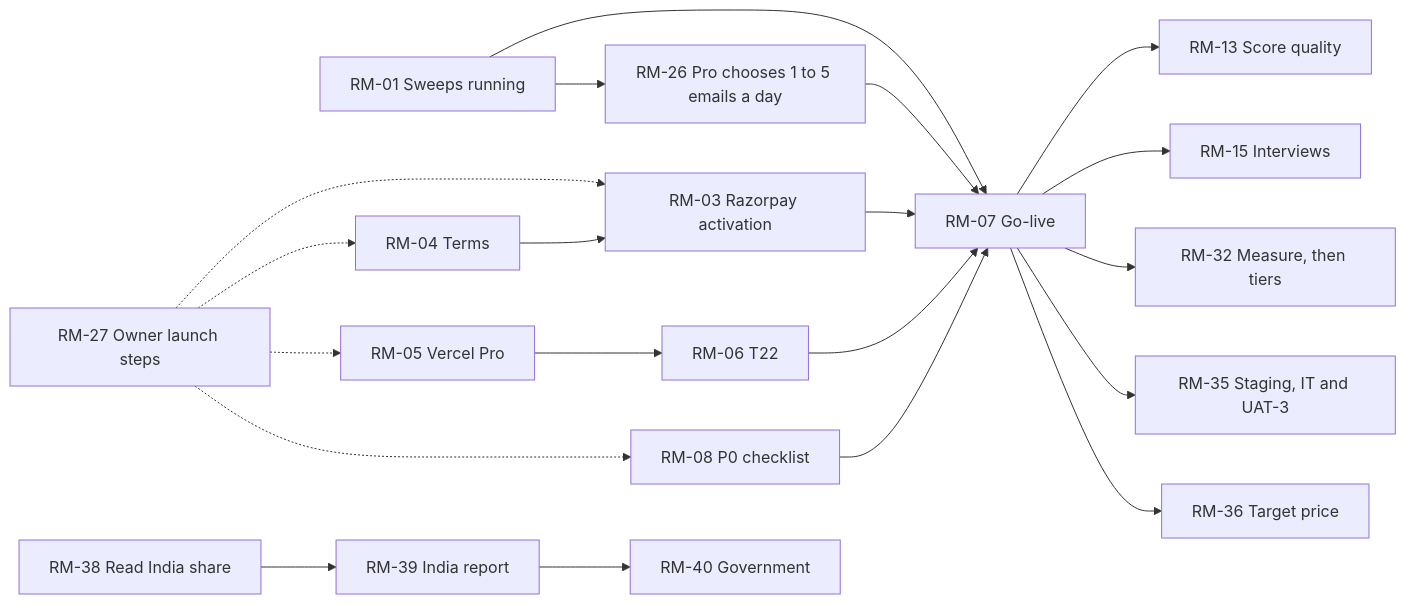
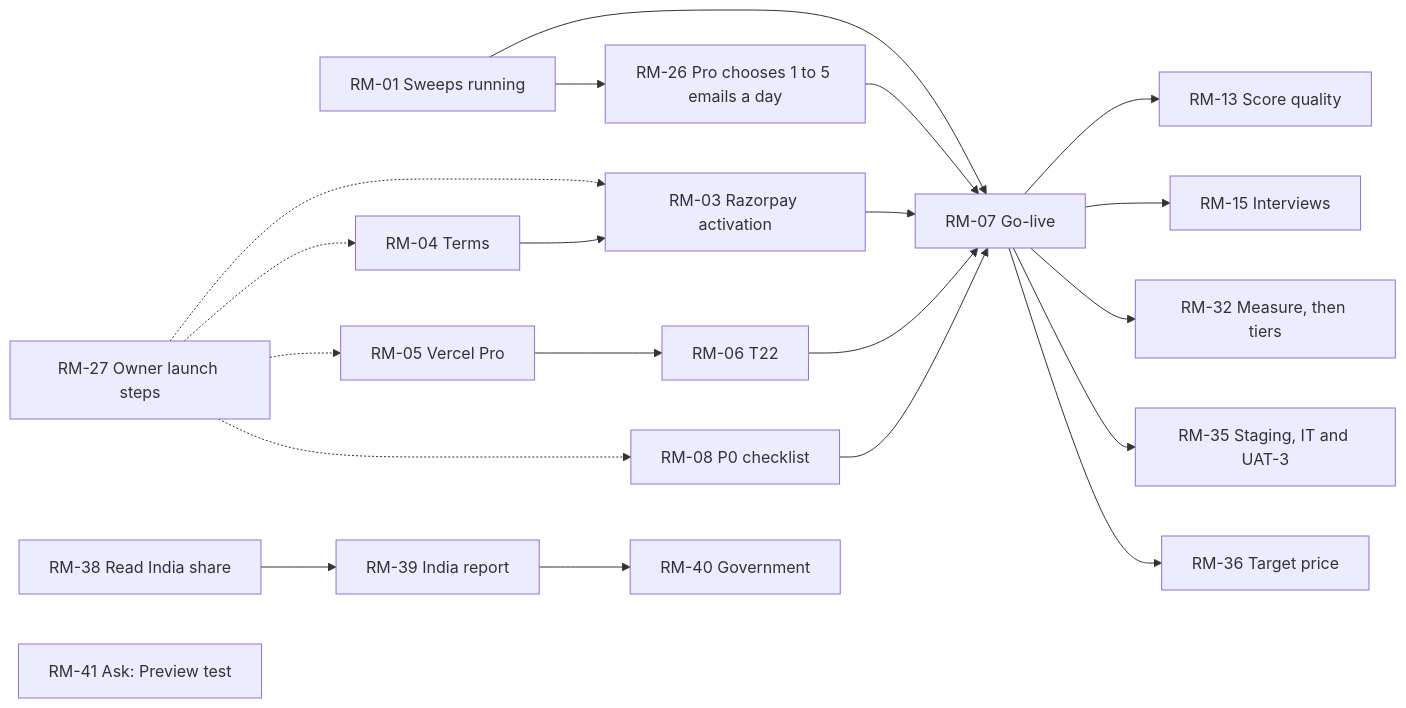
The diagram in pm/04-planning-and-governance/roadmap.md (bhawnamanglapm/travel-problem-radar-case-study), drawn with Mermaid before and after one commit. The commit also changed other lines of this file and 7 other files, not shown here.

````diff
--- a/pm/04-planning-and-governance/roadmap.md
+++ b/pm/04-planning-and-governance/roadmap.md
@@ -66,15 +67,16 @@
 ```mermaid
 flowchart LR
   RM01["RM-01 Sweeps running"] --> RM07
   RM01 --> RM26["RM-26 Pro chooses 1 to 5 emails a day"] --> RM07
   RM27["RM-27 Owner launch steps"] -.-> RM03 & RM04 & RM05 & RM08
   RM04["RM-04 Terms"] --> RM03["RM-03 Razorpay activation"] --> RM07["RM-07 Go-live"]
   RM05["RM-05 Vercel Pro"] --> RM06["RM-06 T22"] --> RM07
   RM08["RM-08 P0 checklist"] --> RM07
   RM07 --> RM13["RM-13 Score quality"]
   RM07 --> RM15["RM-15 Interviews"]
   RM07 --> RM32["RM-32 Measure, then tiers"]
   RM07 --> RM35["RM-35 Staging, IT and UAT-3"]
   RM07 --> RM36["RM-36 Target price"]
   RM38["RM-38 Read India share"] --> RM39["RM-39 India report"] --> RM40["RM-40 Government"]
+  RM41["RM-41 Ask: Preview test"]
 ```
````
